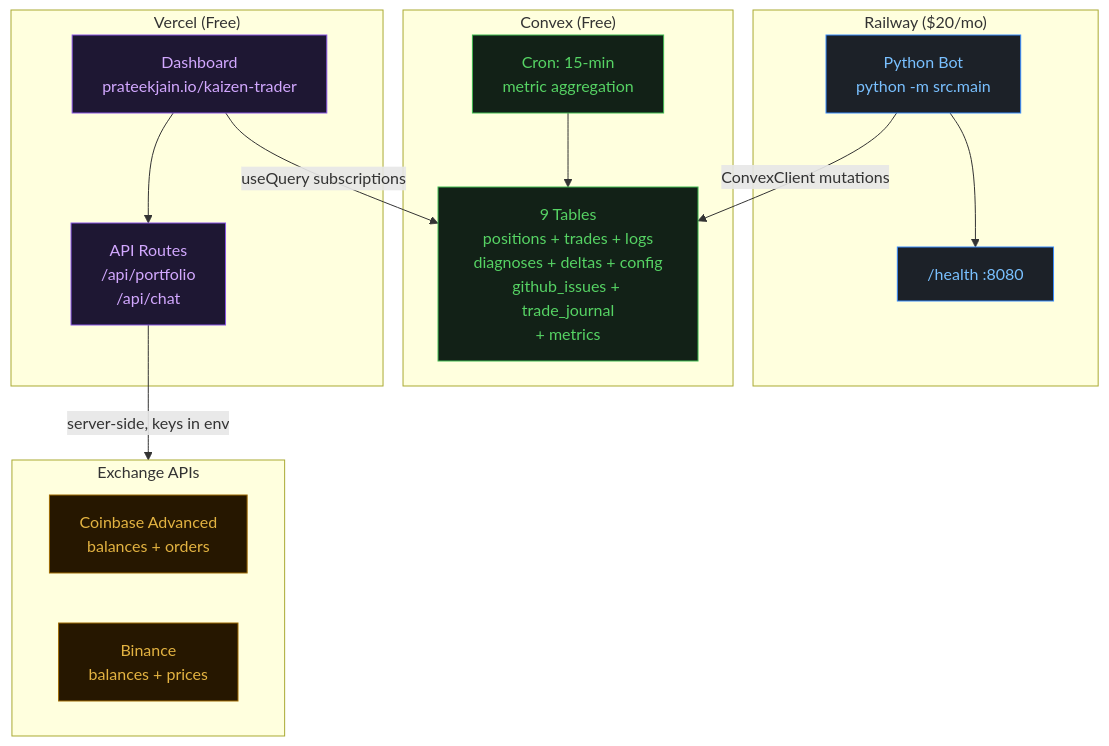
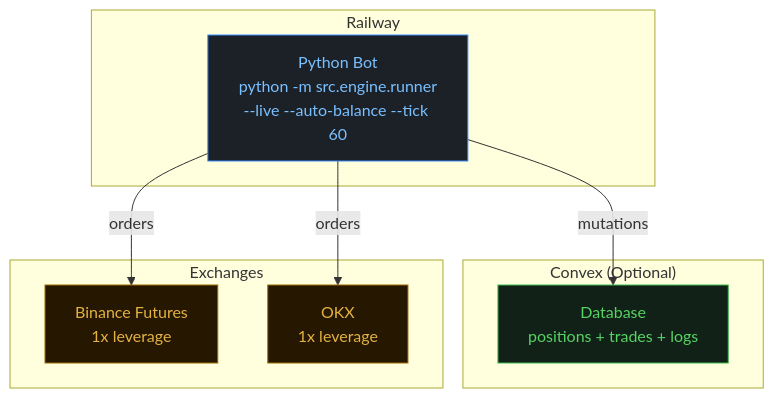
Before and after one commit to prateekjain98/kaizen-trader: the second of 2 diagrams in docs/architecture.md, drawn with Mermaid. The commit also changed other lines of this file and 1 other file, not shown here.

First line of the commit message:
docs: rewrite architecture and setup for current system

````diff
--- a/docs/architecture.md
+++ b/docs/architecture.md
@@ -73,39 +136,27 @@
 ```mermaid
 flowchart TB
-    subgraph railway["Railway ($20/mo)"]
-        BOT["Python Bot\npython -m src.main"]
-        HEALTH["/health :8080"]
-        BOT --> HEALTH
+    subgraph railway["Railway"]
+        BOT["Python Bot\npython -m src.engine.runner\n--live --auto-balance --tick 60"]
     end
 
-    subgraph convex["Convex (Free)"]
-        TABLES["9 Tables\npositions + trades + logs\ndiagnoses + deltas + config\ngithub_issues + trade_journal\n+ metrics"]
-        CRON["Cron: 15-min\nmetric aggregation"]
+    subgraph convex["Convex (Optional)"]
+        TABLES["Database\npositions + trades + logs"]
     end
 
-    subgraph vercel["Vercel (Free)"]
-        DASH["Dashboard\nprateekjain.io/kaizen-trader"]
-        API["API Routes\n/api/portfolio\n/api/chat"]
+    subgraph exchanges["Exchanges"]
+        BN_API["Binance Futures\n1x leverage"]
+        OKX_API["OKX\n1x leverage"]
     end
 
-    subgraph exchanges["Exchange APIs"]
-        CB_API["Coinbase Advanced\nbalances + orders"]
-        BN_API["Binance\nbalances + prices"]
-    end
-
-    BOT -->|"ConvexClient mutations"| TABLES
-    CRON --> TABLES
-    DASH -->|"useQuery subscriptions"| TABLES
-    API -->|"server-side, keys in env"| exchanges
-    DASH --> API
+    BOT -->|"mutations"| TABLES
+    BOT -->|"orders"| BN_API
+    BOT -->|"orders"| OKX_API
 
     classDef infra fill:#1c2128,stroke:#388bfd,color:#79c0ff
     classDef db fill:#122117,stroke:#3fb950,color:#56d364
-    classDef web fill:#1e1733,stroke:#8957e5,color:#d2a8ff
     classDef ext fill:#261700,stroke:#9e6a03,color:#e3b341
 
-    class BOT,HEALTH infra
-    class TABLES,CRON db
-    class DASH,API web
-    class CB_API,BN_API ext
+    class BOT infra
+    class TABLES db
+    class BN_API,OKX_API ext
 ```
````
